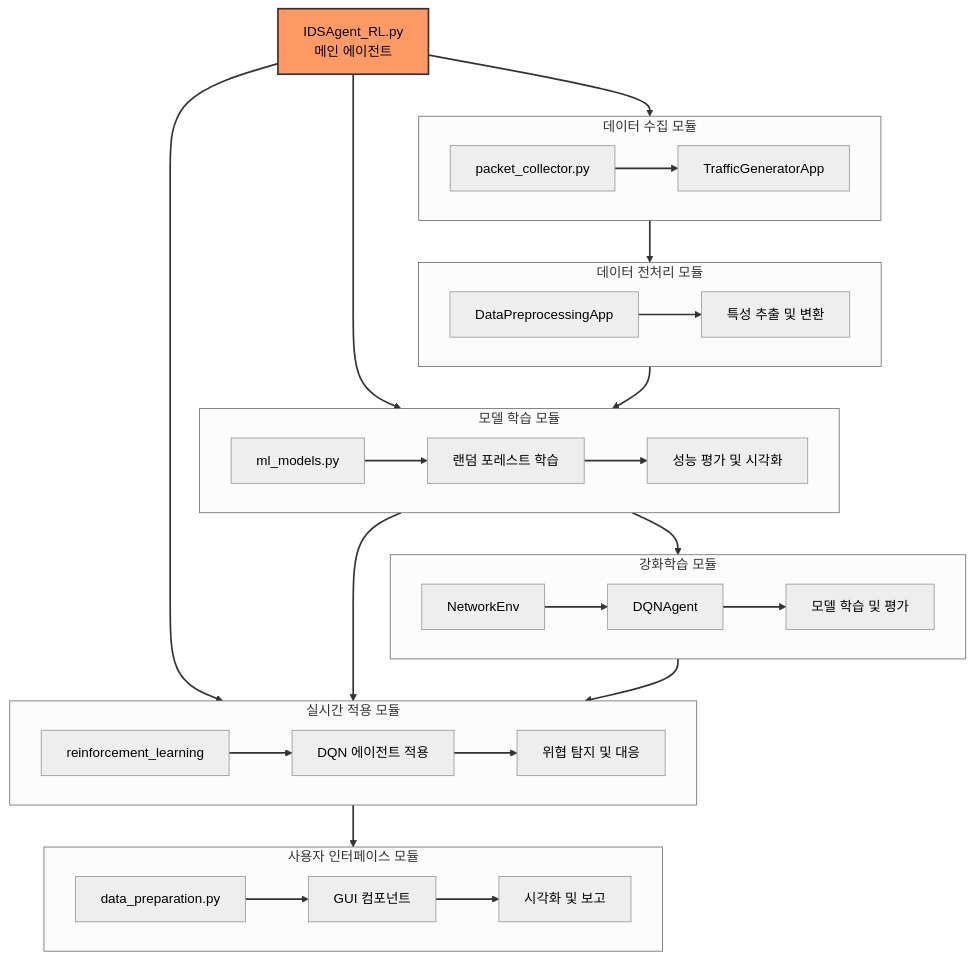
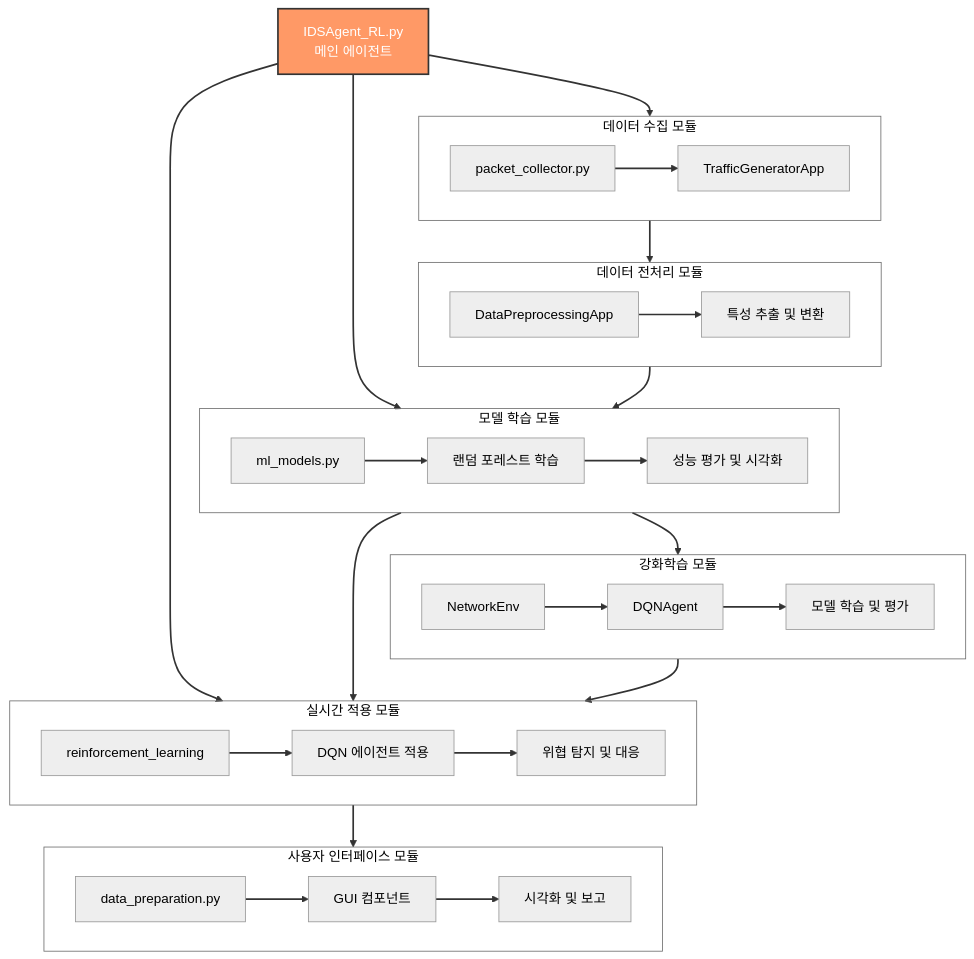
The fourth of 4 diagrams in README.md (Es5724/Intrusion_DetectionSystem_AIagent), drawn with Mermaid (neutral theme) before and after one commit. The commit also changed other lines of this file, not shown here.

````diff
--- a/README.md
+++ b/README.md
@@ -344,56 +350,59 @@
 ```mermaid
 flowchart TB
     main[IDSAgent_RL.py\n메인 에이전트]
     
     main --> data
     main --> model
     main --> realtime
     
     %% 모듈 배치
     subgraph data[데이터 수집 모듈]
         direction LR
         collector[packet_collector.py] --> generator[TrafficGeneratorApp]
     end
     
     subgraph preprocess[데이터 전처리 모듈]
         direction LR
         preprocessing[DataPreprocessingApp] --> features[특성 추출 및 변환]
     end
     
     subgraph model[모델 학습 모듈]
         direction LR
         ml[ml_models.py] --> rf[랜덤 포레스트 학습] --> eval[성능 평가 및 시각화]
     end
     
     subgraph rl[강화학습 모듈]
         direction LR
         env[NetworkEnv] --> agent[DQNAgent] --> train[모델 학습 및 평가]
     end
     
     subgraph realtime[실시간 적용 모듈]
         direction LR
         reinforce[reinforcement_learning] --> dqn[DQN 에이전트 적용] --> detect[위협 탐지 및 대응]
     end
     
     subgraph ui[사용자 인터페이스 모듈]
         direction LR
         prep[data_preparation.py] --> components[GUI 컴포넌트] --> visual[시각화 및 보고]
     end
     
     %% 모듈 간 연결
     data --> preprocess
     preprocess --> model
     model --> realtime
     model --> rl
     rl --> realtime
     realtime --> ui
     
     %% 스타일 정의
-    classDef moduleHeader fill:#f96,stroke:#333,stroke-width:2px,color:black;
+    classDef moduleHeader fill:#f96,stroke:#333,stroke-width:2px,color:white;
     class main moduleHeader
     
     classDef nodeText color:black;
     class collector,generator,preprocessing,features,ml,rf,eval,env,agent,train,reinforce,dqn,detect,prep,components,visual nodeText;
     
+    classDef subgraphText fill:transparent,color:black;
+    class data,preprocess,model,rl,realtime,ui subgraphText;
+    
     linkStyle default stroke:#333,stroke-width:2px;
 ```
````
